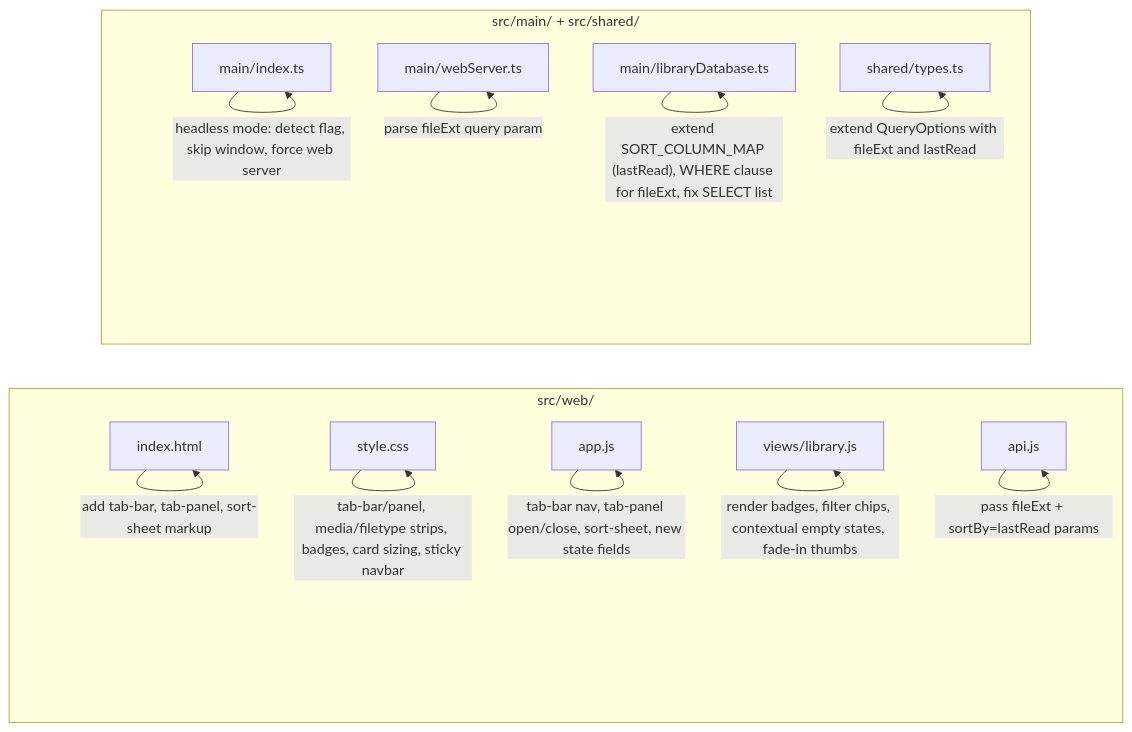
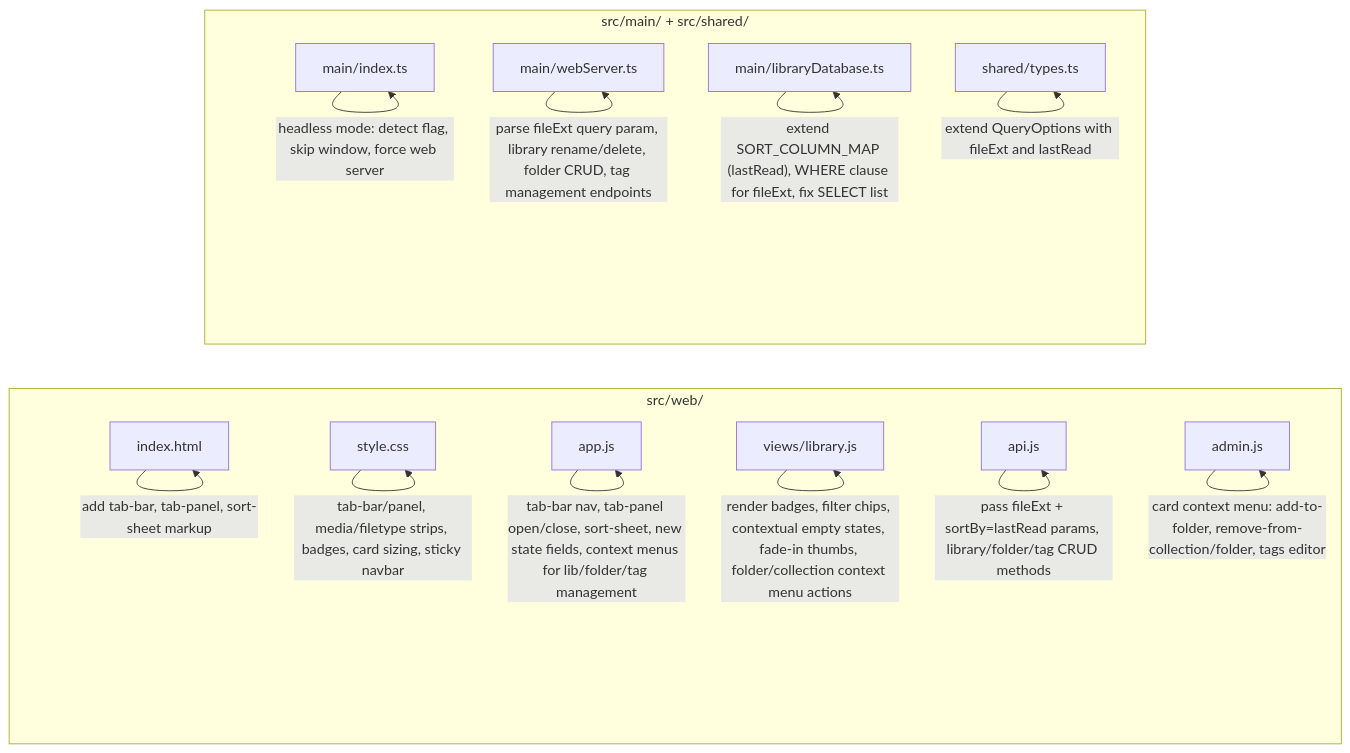
The diagram in .kiro/specs/web-library-mobile-ux/design.md (s4njee/CB8), drawn with Mermaid before and after one commit. The commit also changed other lines of this file and 9 other files, not shown here.

First line of the commit message:
Add web library management: collections, folders, tags, context menus

````diff
--- a/.kiro/specs/web-library-mobile-ux/design.md
+++ b/.kiro/specs/web-library-mobile-ux/design.md
@@ -66,26 +70,28 @@
 ```mermaid
 graph LR
   subgraph Client ["src/web/"]
     HTML["index.html"]
     CSS["style.css"]
     APP["app.js"]
     LIB["views/library.js"]
     API["api.js"]
+    ADMIN["admin.js"]
   end
   subgraph Server ["src/main/ + src/shared/"]
     INDEX["main/index.ts"]
     WS["main/webServer.ts"]
     DB["main/libraryDatabase.ts"]
     TYPES["shared/types.ts"]
   end
 
   HTML -- "add tab-bar, tab-panel, sort-sheet markup" --> HTML
   CSS -- "tab-bar/panel, media/filetype strips, badges, card sizing, sticky navbar" --> CSS
-  APP -- "tab-bar nav, tab-panel open/close, sort-sheet, new state fields" --> APP
-  LIB -- "render badges, filter chips, contextual empty states, fade-in thumbs" --> LIB
-  API -- "pass fileExt + sortBy=lastRead params" --> API
+  APP -- "tab-bar nav, tab-panel open/close, sort-sheet, new state fields, context menus for lib/folder/tag management" --> APP
+  LIB -- "render badges, filter chips, contextual empty states, fade-in thumbs, folder/collection context menu actions" --> LIB
+  API -- "pass fileExt + sortBy=lastRead params, library/folder/tag CRUD methods" --> API
+  ADMIN -- "card context menu: add-to-folder, remove-from-collection/folder, tags editor" --> ADMIN
   INDEX -- "headless mode: detect flag, skip window, force web server" --> INDEX
-  WS -- "parse fileExt query param" --> WS
+  WS -- "parse fileExt query param, library rename/delete, folder CRUD, tag management endpoints" --> WS
   DB -- "extend SORT_COLUMN_MAP (lastRead), WHERE clause for fileExt, fix SELECT list" --> DB
   TYPES -- "extend QueryOptions with fileExt and lastRead" --> TYPES
 ```
````
